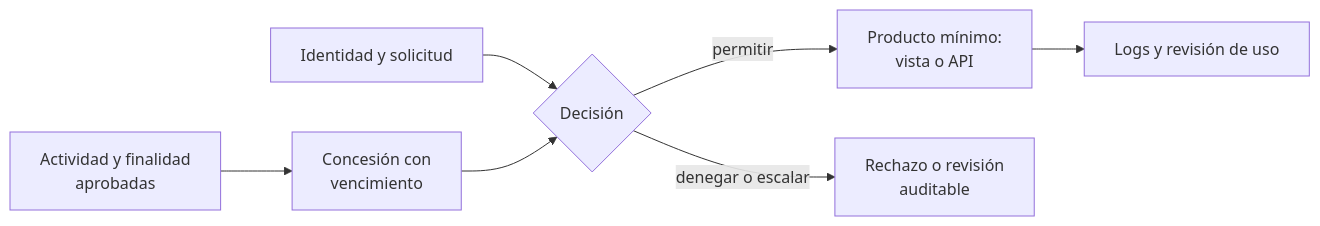
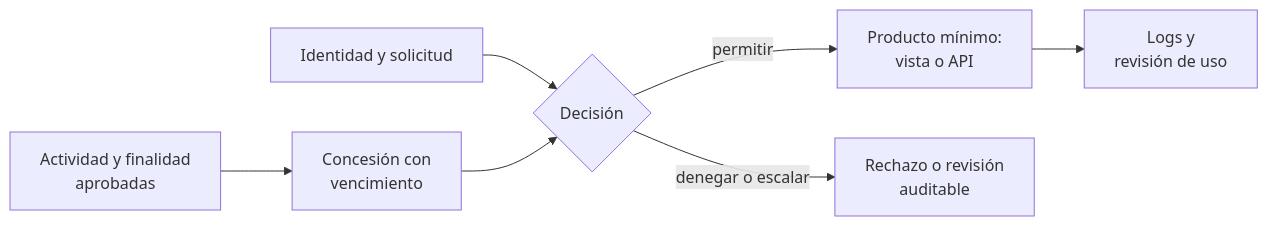
The diagram in content/concepts/purpose-based-authorization.md (fcp4891/de-knowledge-hub), drawn with Mermaid before and after one commit. The commit also changed other lines of this file and 7 other files, not shown here.

````diff
--- a/content/concepts/purpose-based-authorization.md
+++ b/content/concepts/purpose-based-authorization.md
@@ -142,9 +142,9 @@
 ```mermaid
 flowchart LR
   A["Actividad y finalidad<br/>aprobadas"] --> P["Concesión con<br/>vencimiento"]
   S["Identidad y solicitud"] --> D{"Decisión"}
   P --> D
   D -- "permitir" --> V["Producto mínimo:<br/>vista o API"]
   D -- "denegar o escalar" --> R["Rechazo o revisión<br/>auditable"]
-  V --> L["Logs y revisión de uso"]
+  V --> L["Logs y<br/>revisión de uso"]
 ```
````
